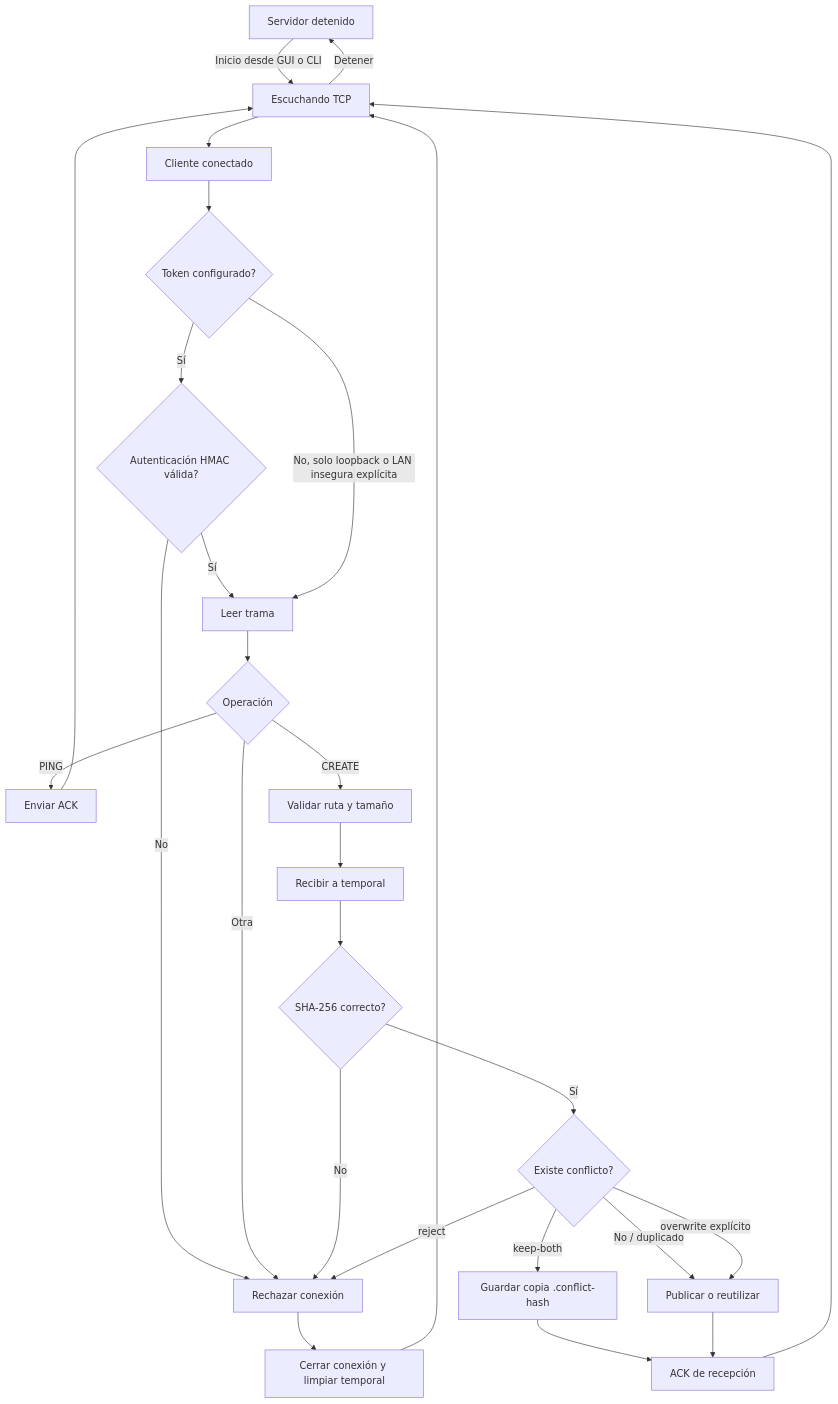
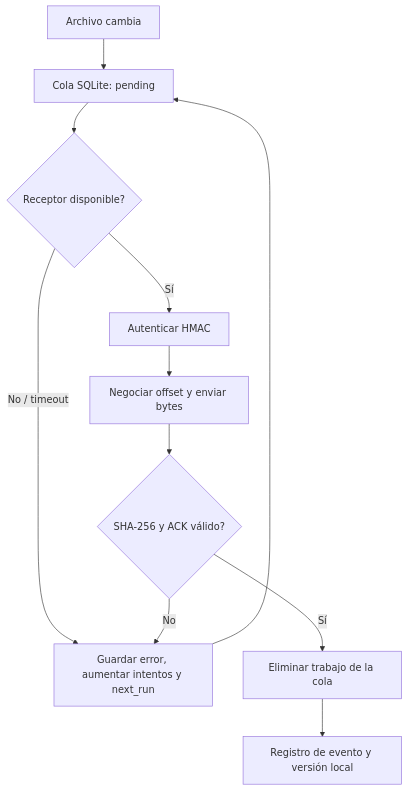
The fourth of 6 diagrams in documentacion/ARQUITECTURA.md (Codeforgeettttt/localsync-lan-engine_SistemasOperativos_G1), drawn with Mermaid before and after one commit. The commit also changed other lines of this file, not shown here.

Commit message:
docs(architecture): reflejar réplica real, Watchdog, reanudación, cola, descubrimiento y despliegue

````diff
--- a/documentacion/ARQUITECTURA.md
+++ b/documentacion/ARQUITECTURA.md
@@ -126,29 +113,13 @@
 ```mermaid
 flowchart TD
-    A["Servidor detenido"] -->|Inicio desde GUI o CLI| B["Escuchando TCP"]
-    B --> C["Cliente conectado"]
-    C --> D{"Token configurado?"}
-    D -->|Sí| E{"Autenticación HMAC válida?"}
-    E -->|No| X["Rechazar conexión"]
-    E -->|Sí| F["Leer trama"]
-    D -->|No, solo loopback o LAN insegura explícita| F
-    F --> G{"Operación"}
-    G -->|PING| H["Enviar ACK"]
-    G -->|CREATE| I["Validar ruta y tamaño"]
-    G -->|Otra| X
-    I --> J["Recibir a temporal"]
-    J --> K{"SHA-256 correcto?"}
-    K -->|No| X
-    K -->|Sí| L{"Existe conflicto?"}
-    L -->|No / duplicado| M["Publicar o reutilizar"]
-    L -->|keep-both| N["Guardar copia .conflict-hash"]
-    L -->|reject| X
-    L -->|overwrite explícito| M
-    N --> O["ACK de recepción"]
-    M --> O
-    X --> P["Cerrar conexión y limpiar temporal"]
-    H --> B
-    O --> B
-    P --> B
-    B -->|Detener| A
+    A["Archivo cambia"] --> B["Cola SQLite: pending"]
+    B --> C{"Receptor disponible?"}
+    C -->|"No / timeout"| D["Guardar error, aumentar intentos y next_run"]
+    D --> B
+    C -->|"Sí"| E["Autenticar HMAC"]
+    E --> F["Negociar offset y enviar bytes"]
+    F --> G{"SHA-256 y ACK válido?"}
+    G -->|"Sí"| H["Eliminar trabajo de la cola"]
+    G -->|"No"| D
+    H --> I["Registro de evento y versión local"]
 ```
````
